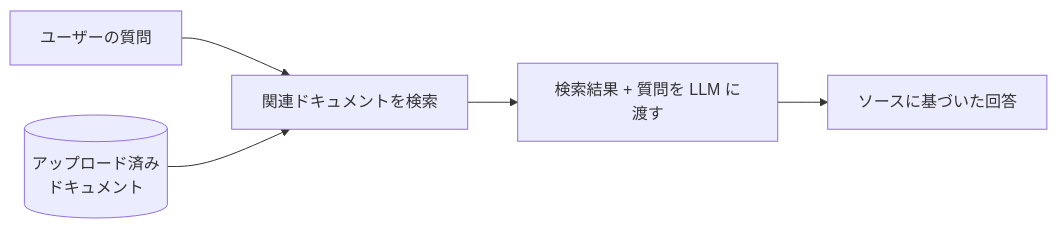
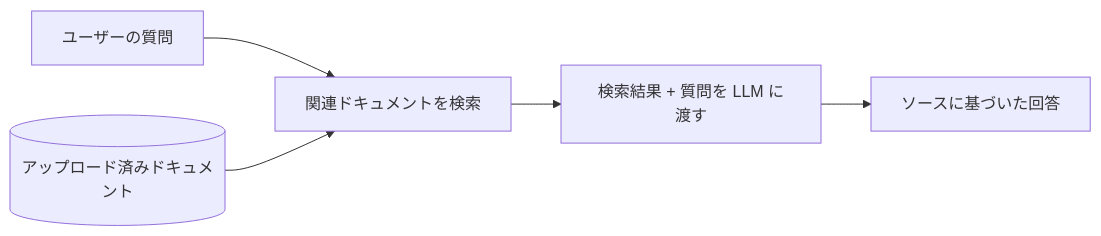
Before and after one commit to x86-unix/docs: the first of 2 diagrams in ai/notebooklm.md, drawn with Mermaid. The commit also changed other lines of this file, not shown here.

Commit message:
fix: mermaid syntax errors in notebooklm.md

````diff
--- a/ai/notebooklm.md
+++ b/ai/notebooklm.md
@@ -13,7 +13,7 @@
 ```mermaid
 flowchart LR
     A[ユーザーの質問] --> B[関連ドキュメントを検索]
     B --> C[検索結果 + 質問を LLM に渡す]
     C --> D[ソースに基づいた回答]
-    E[(アップロード済み\nドキュメント)] --> B
+    E[("アップロード済みドキュメント")] --> B
 ```
````
